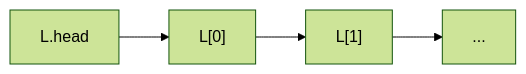
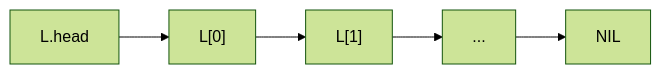
One commit to Eurydia/notes-singularity changed the first of 6 diagrams in Computer science/Data structures/Linked list.md. Above: the diagram before and after it, drawn with Mermaid (forest theme). The commit also changed other lines of this file and 3 other files, not shown here.

````diff
--- a/Computer science/Data structures/Linked list.md
+++ b/Computer science/Data structures/Linked list.md
@@ -7,4 +7,4 @@
 ```mermaid
 flowchart LR
-	L.head --> 1["L[0]"] --> 2["L[1]"] --> 3[...]
+	L.head --> 1["L[0]"] --> 2["L[1]"] --> 3[...] --> 4["NIL"]
 ```
````
